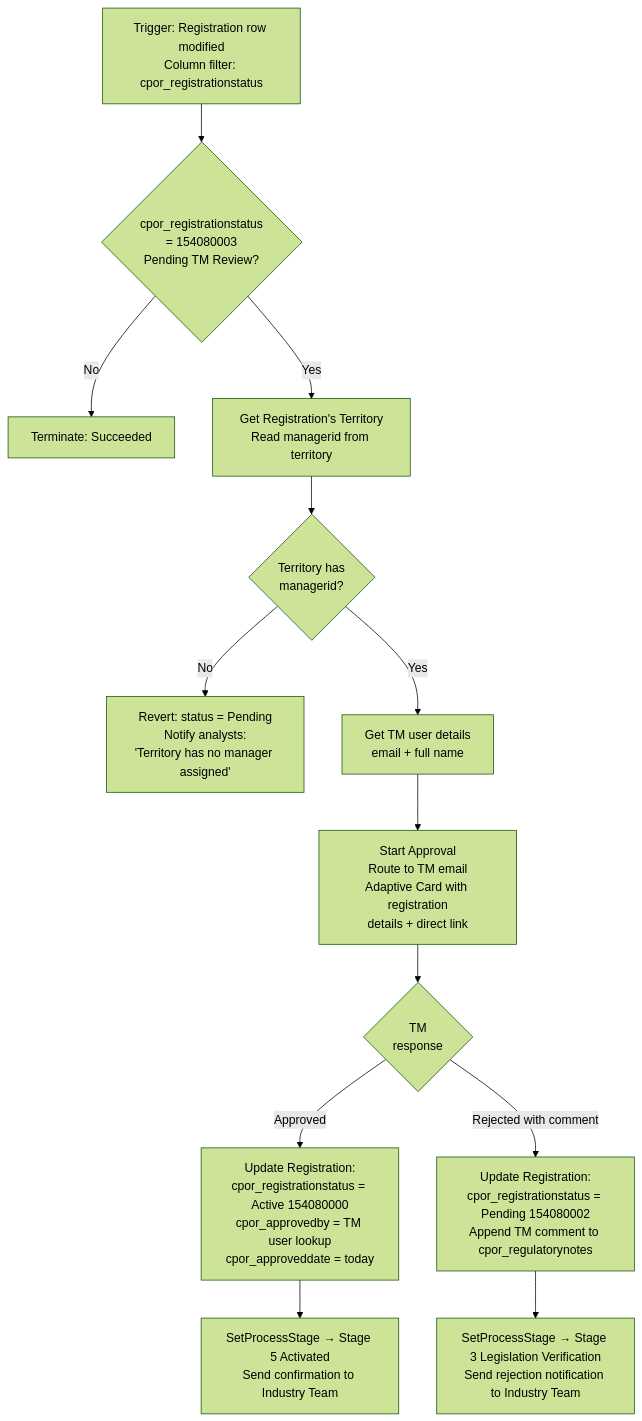
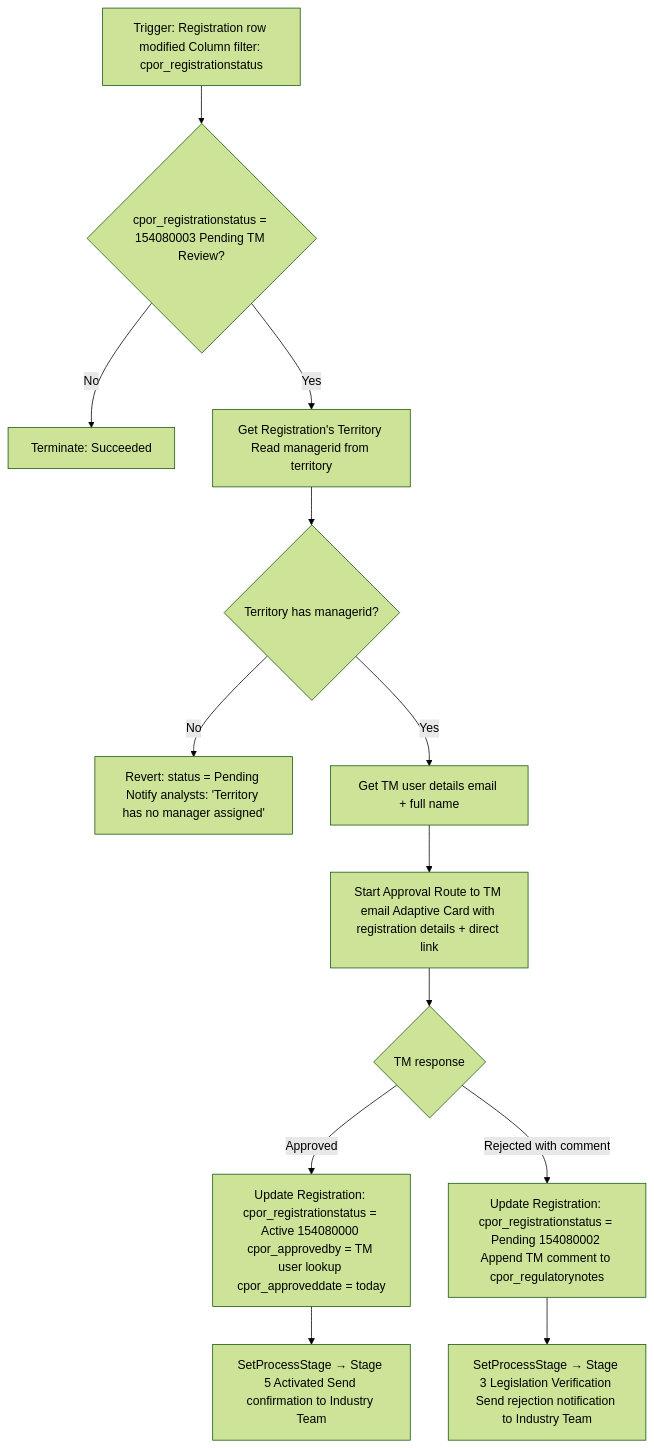
One commit to enewbold-devops/CPOR-Industry-Engagement changed diagram 16 of 23 in README.md. Above: the diagram before and after it, drawn with Mermaid (forest theme). The commit also changed other lines of this file, not shown here.

````diff
--- a/README.md
+++ b/README.md
@@ -769,15 +775,15 @@
 ```mermaid
 flowchart TD
-    T[Trigger: Registration row modified\nColumn filter: cpor_registrationstatus] --> C1{cpor_registrationstatus\n= 154080003\nPending TM Review?}
+    T[Trigger: Registration row modified Column filter: cpor_registrationstatus] --> C1{cpor_registrationstatus = 154080003 Pending TM Review?}
     C1 -->|No| END[Terminate: Succeeded]
-    C1 -->|Yes| GT[Get Registration's Territory\nRead managerid from territory]
-    GT --> C2{Territory has\nmanagerid?}
-    C2 -->|No| REV[Revert: status = Pending\nNotify analysts:\n'Territory has no manager assigned']
-    C2 -->|Yes| GM[Get TM user details\nemail + full name]
-    GM --> AP[Start Approval\nRoute to TM email\nAdaptive Card with registration\ndetails + direct link]
-    AP --> D{TM\nresponse}
-    D -->|Approved| A1[Update Registration:\ncpor_registrationstatus = Active 154080000\ncpor_approvedby = TM user lookup\ncpor_approveddate = today]
-    A1 --> A2[SetProcessStage → Stage 5 Activated\nSend confirmation to Industry Team]
-    D -->|Rejected with comment| R1[Update Registration:\ncpor_registrationstatus = Pending 154080002\nAppend TM comment to cpor_regulatorynotes]
-    R1 --> R2[SetProcessStage → Stage 3 Legislation Verification\nSend rejection notification to Industry Team]
+    C1 -->|Yes| GT[Get Registration's Territory Read managerid from territory]
+    GT --> C2{Territory has managerid?}
+    C2 -->|No| REV[Revert: status = Pending Notify analysts: 'Territory has no manager assigned']
+    C2 -->|Yes| GM[Get TM user details email + full name]
+    GM --> AP[Start Approval Route to TM email Adaptive Card with registration details + direct link]
+    AP --> D{TM response}
+    D -->|Approved| A1[Update Registration: cpor_registrationstatus = Active 154080000 cpor_approvedby = TM user lookup cpor_approveddate = today]
+    A1 --> A2[SetProcessStage → Stage 5 Activated Send confirmation to Industry Team]
+    D -->|Rejected with comment| R1[Update Registration: cpor_registrationstatus = Pending 154080002 Append TM comment to cpor_regulatorynotes]
+    R1 --> R2[SetProcessStage → Stage 3 Legislation Verification Send rejection notification to Industry Team]
 ```
````
